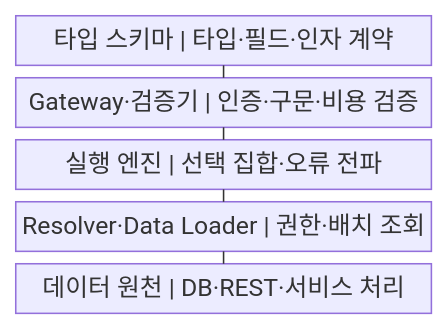
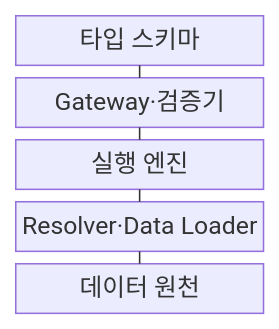
Before and after one commit to agnusdei1207/knowledge-base: the first of 2 diagrams in src/content/docs/notes/03-software/172_graphql.md, drawn with Mermaid. The commit also changed other lines of this file and 238 other files, not shown here.

````diff
--- a/src/content/docs/notes/03-software/172_graphql.md
+++ b/src/content/docs/notes/03-software/172_graphql.md
@@ -56,13 +56,13 @@
 ```mermaid
-block
+block-beta
     columns 1
-    A["타입 스키마 | 타입·필드·인자 계약"]
-    B["Gateway·검증기 | 인증·구문·비용 검증"]
-    C["실행 엔진 | 선택 집합·오류 전파"]
-    D["Resolver·Data Loader | 권한·배치 조회"]
-    E["데이터 원천 | DB·REST·서비스 처리"]
+    A["타입 스키마"]
+    B["Gateway·검증기"]
+    C["실행 엔진"]
+    D["Resolver·Data Loader"]
+    E["데이터 원천"]
     A --- B
     B --- C
     C --- D
     D --- E
 ```
````
